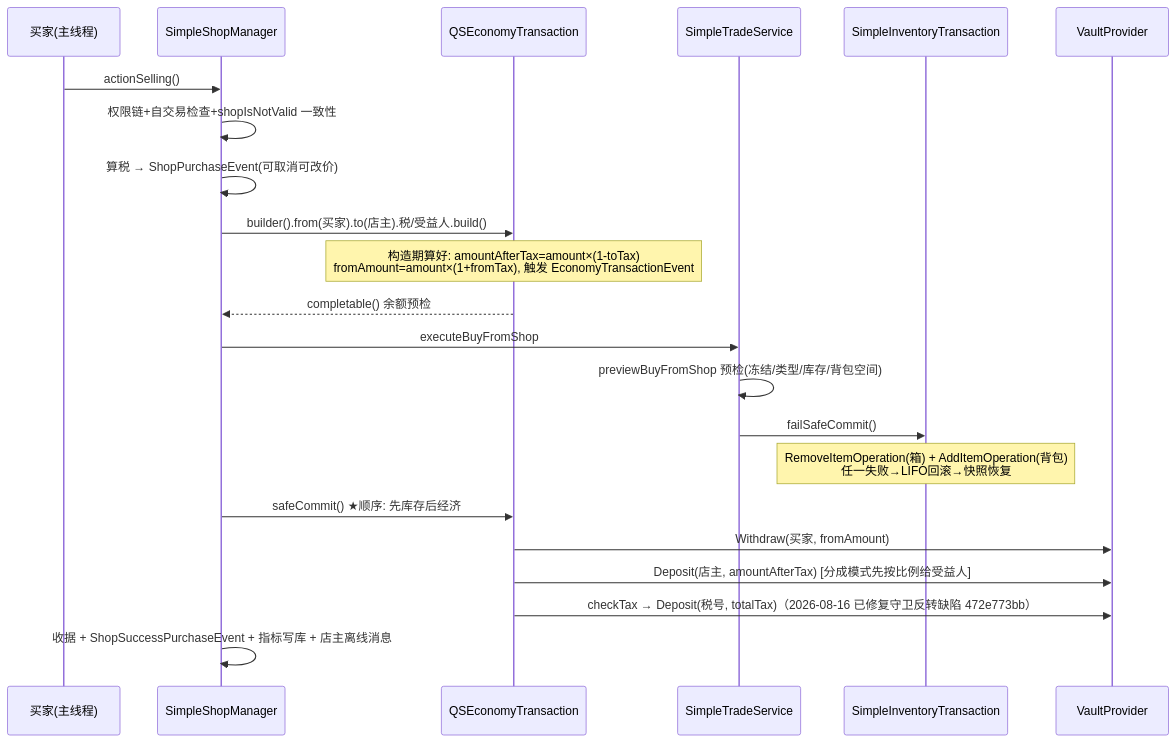
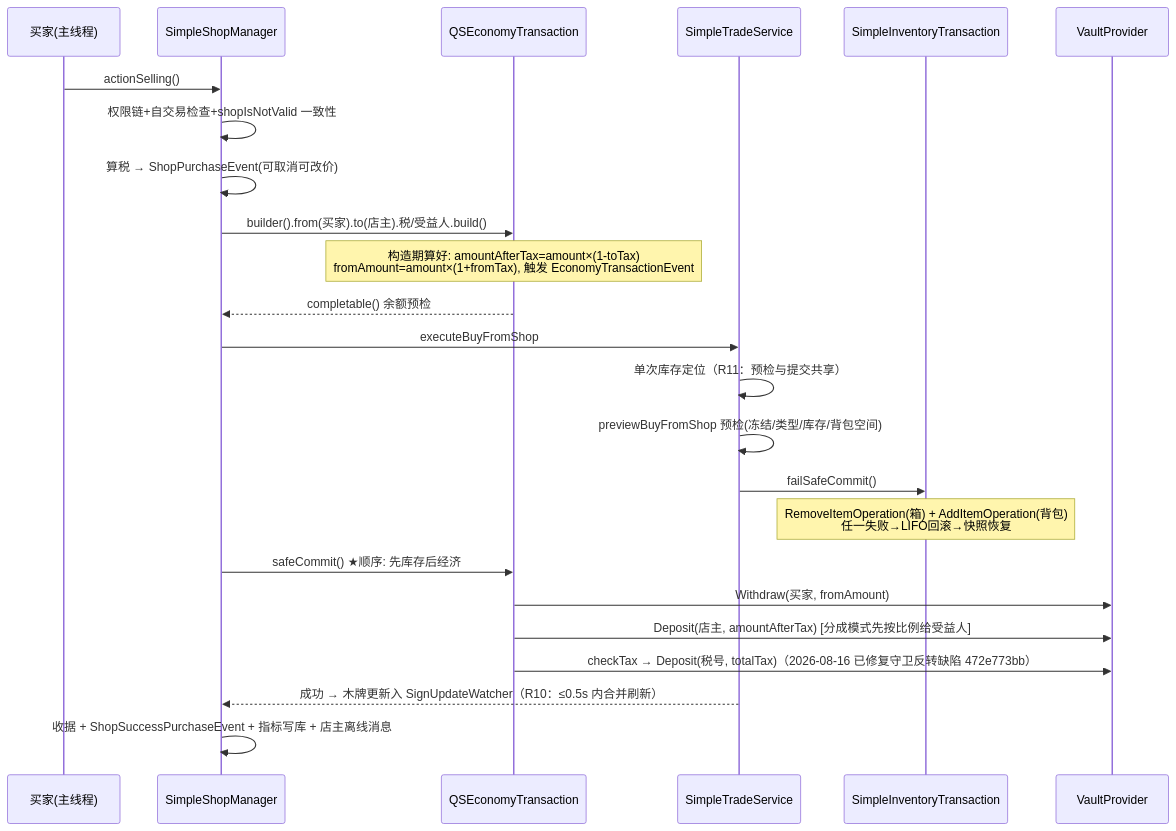
Before and after one commit to Quotidietium/QuickShop-Hikari-1.21.11: the second of 2 diagrams in note/02-运行原理.md, drawn with Mermaid. The commit also changed other lines of this file and 17 other files, not shown here.

````diff
--- a/note/02-运行原理.md
+++ b/note/02-运行原理.md
@@ -58,25 +58,27 @@
 ```mermaid
 sequenceDiagram
     participant P as 买家(主线程)
     participant SM as SimpleShopManager
     participant E as QSEconomyTransaction
     participant TS as SimpleTradeService
     participant IVT as SimpleInventoryTransaction
     participant V as VaultProvider
 
     P->>SM: actionSelling()
     SM->>SM: 权限链+自交易检查+shopIsNotValid 一致性
     SM->>SM: 算税 → ShopPurchaseEvent(可取消可改价)
     SM->>E: builder().from(买家).to(店主).税/受益人.build()
     Note over E: 构造期算好: amountAfterTax=amount×(1-toTax)<br/>fromAmount=amount×(1+fromTax), 触发 EconomyTransactionEvent
     E-->>SM: completable() 余额预检
     SM->>TS: executeBuyFromShop
+    TS->>TS: 单次库存定位（R11：预检与提交共享）
     TS->>TS: previewBuyFromShop 预检(冻结/类型/库存/背包空间)
     TS->>IVT: failSafeCommit()
     Note over IVT: RemoveItemOperation(箱) + AddItemOperation(背包)<br/>任一失败→LIFO回滚→快照恢复
     SM->>E: safeCommit()  ★顺序: 先库存后经济
     E->>V: Withdraw(买家, fromAmount)
     E->>V: Deposit(店主, amountAfterTax) [分成模式先按比例给受益人]
     E->>V: checkTax → Deposit(税号, totalTax)（2026-08-16 已修复守卫反转缺陷 472e773bb）
+    TS-->>SM: 成功 → 木牌更新入 SignUpdateWatcher（R10：≤0.5s 内合并刷新）
     SM->>SM: 收据 + ShopSuccessPurchaseEvent + 指标写库 + 店主离线消息
 ```
````
